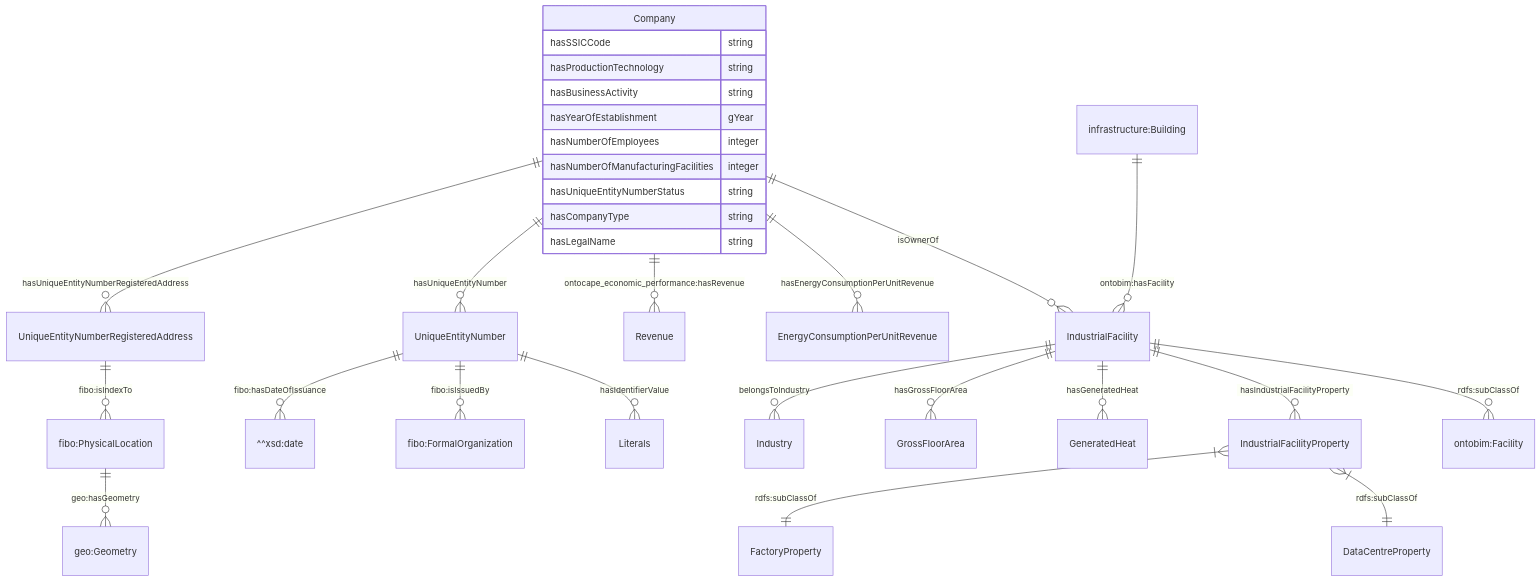
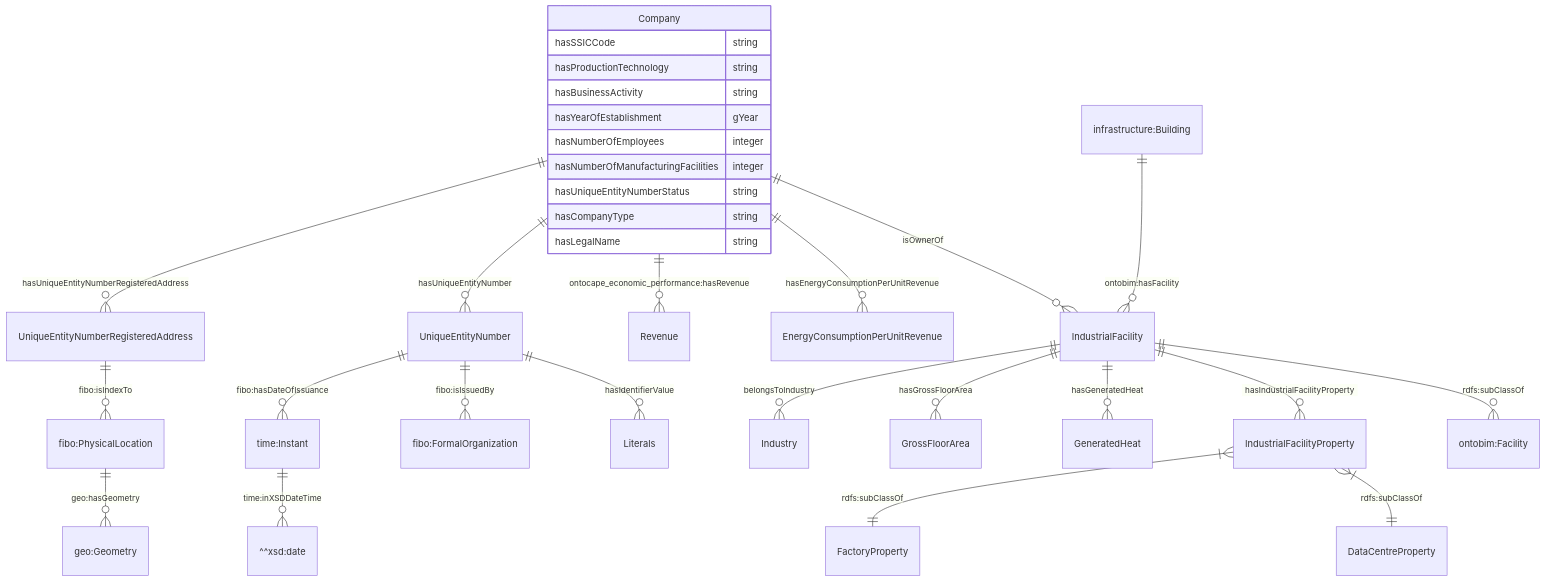
The first of 5 diagrams in ontology/ontocompany/README.md (TheWorldAvatar/ontology), drawn with Mermaid before and after one commit. The commit also changed 1 other file, not shown here.

Commit message:
Added concepts for Instant and Time

````diff
--- a/ontology/ontocompany/README.md
+++ b/ontology/ontocompany/README.md
@@ -22,32 +22,33 @@
 ```mermaid
 erDiagram
     "Company" ||--o{ "IndustrialFacility" : isOwnerOf
     "Company" ||--o{ "EnergyConsumptionPerUnitRevenue" : hasEnergyConsumptionPerUnitRevenue
     "Company" ||--o{ "Revenue" : "ontocape_economic_performance:hasRevenue"
     "Company" {
         hasSSICCode string
         hasProductionTechnology string
         hasBusinessActivity string
         hasYearOfEstablishment gYear
         hasNumberOfEmployees integer
         hasNumberOfManufacturingFacilities integer
         hasUniqueEntityNumberStatus string
         hasCompanyType string
         hasLegalName string
     }
     "Company" ||--o{ "UniqueEntityNumber" : hasUniqueEntityNumber
     "UniqueEntityNumber" ||--o{ "Literals" : "hasIdentifierValue"
     "UniqueEntityNumber" ||--o{ "fibo:FormalOrganization" : "fibo:isIssuedBy"
-    "UniqueEntityNumber" ||--o{ "^^xsd:date" : "fibo:hasDateOfIssuance"
+    "UniqueEntityNumber" ||--o{ "time:Instant" : "fibo:hasDateOfIssuance"
+    "time:Instant" ||--o{ "^^xsd:date" : "time:inXSDDateTime"
     "Company" ||--o{ "UniqueEntityNumberRegisteredAddress" : hasUniqueEntityNumberRegisteredAddress
     "UniqueEntityNumberRegisteredAddress" ||--o{ "fibo:PhysicalLocation" : "fibo:isIndexTo"
     "fibo:PhysicalLocation" ||--o{ "geo:Geometry" : "geo:hasGeometry"
     "infrastructure:Building" ||--o{ "IndustrialFacility" : "ontobim:hasFacility"
     "IndustrialFacility" ||--o{ "ontobim:Facility" : "rdfs:subClassOf"
     "IndustrialFacility" ||--o{ "IndustrialFacilityProperty" : hasIndustrialFacilityProperty
     "IndustrialFacilityProperty" }|--|| "DataCentreProperty" : "rdfs:subClassOf"
     "IndustrialFacilityProperty" }|--|| "FactoryProperty" : "rdfs:subClassOf"
     "IndustrialFacility" ||--o{ "GeneratedHeat" : hasGeneratedHeat
     "IndustrialFacility" ||--o{ "GrossFloorArea" : hasGrossFloorArea
     "IndustrialFacility" ||--o{ "Industry" : belongsToIndustry
 ```
````
